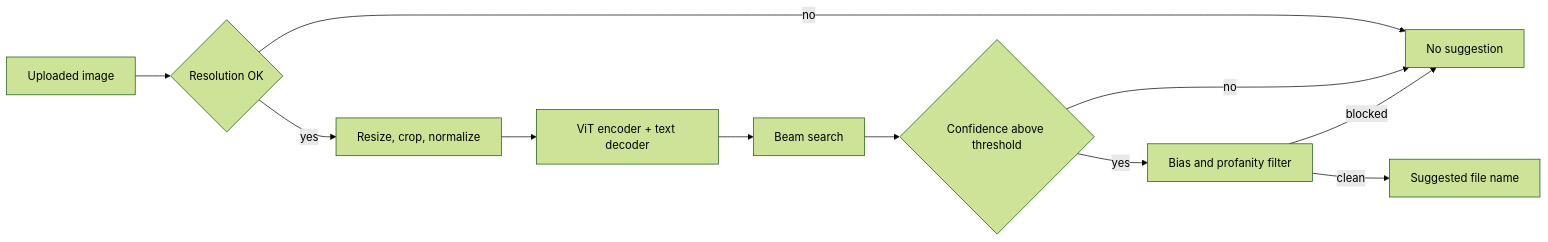
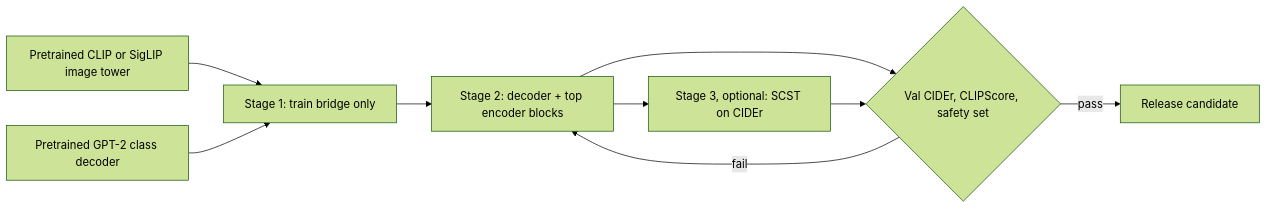
Before and after one commit to johklo/johklo.github.io: the third of 6 diagrams in content/docs/tech/generative-ai-system-design-interview/05-image-captioning.md, drawn with Mermaid (forest theme). The commit also changed other lines of this file and 10 other files, not shown here.

````diff
--- a/content/docs/tech/generative-ai-system-design-interview/05-image-captioning.md
+++ b/content/docs/tech/generative-ai-system-design-interview/05-image-captioning.md
@@ -68,15 +168,13 @@
 ```mermaid
 flowchart LR
-    accTitle: Asset name suggestion pipeline
-    accDescr: An uploaded image is checked for minimum resolution, then resized, cropped and normalized. The captioning model generates a caption with beam search. If the caption's confidence is below a threshold no name is suggested. Otherwise a post-processing step replaces biased terms and blocks offensive words before the name is suggested to the designer.
-    A[Uploaded image] --> B{Resolution OK}
-    B -- no --> N[No suggestion]
-    B -- yes --> C[Resize, crop, normalize]
-    C --> D[ViT encoder + text decoder]
-    D --> E[Beam search]
-    E --> F{Confidence above threshold}
-    F -- no --> N
-    F -- yes --> G[Bias and profanity filter]
-    G -- blocked --> N
-    G -- clean --> H[Suggested file name]
+    accTitle: Training stages for the captioner
+    accDescr: A pretrained image encoder and pretrained text decoder are combined. Stage one trains only the bridge with both frozen. Stage two finetunes the decoder and top encoder blocks on clean short-name data. An optional stage three optimizes CIDEr with self-critical training. Checkpoints are gated on validation CIDEr, CLIPScore and a safety set.
+    A["Pretrained CLIP or SigLIP image tower"] --> C
+    B["Pretrained GPT-2 class decoder"] --> C
+    C["Stage 1: train bridge only"] --> D["Stage 2: decoder + top encoder blocks"]
+    D --> E["Stage 3, optional: SCST on CIDEr"]
+    D --> F{"Val CIDEr, CLIPScore, safety set"}
+    E --> F
+    F -- pass --> G["Release candidate"]
+    F -- fail --> D
 ```
````
